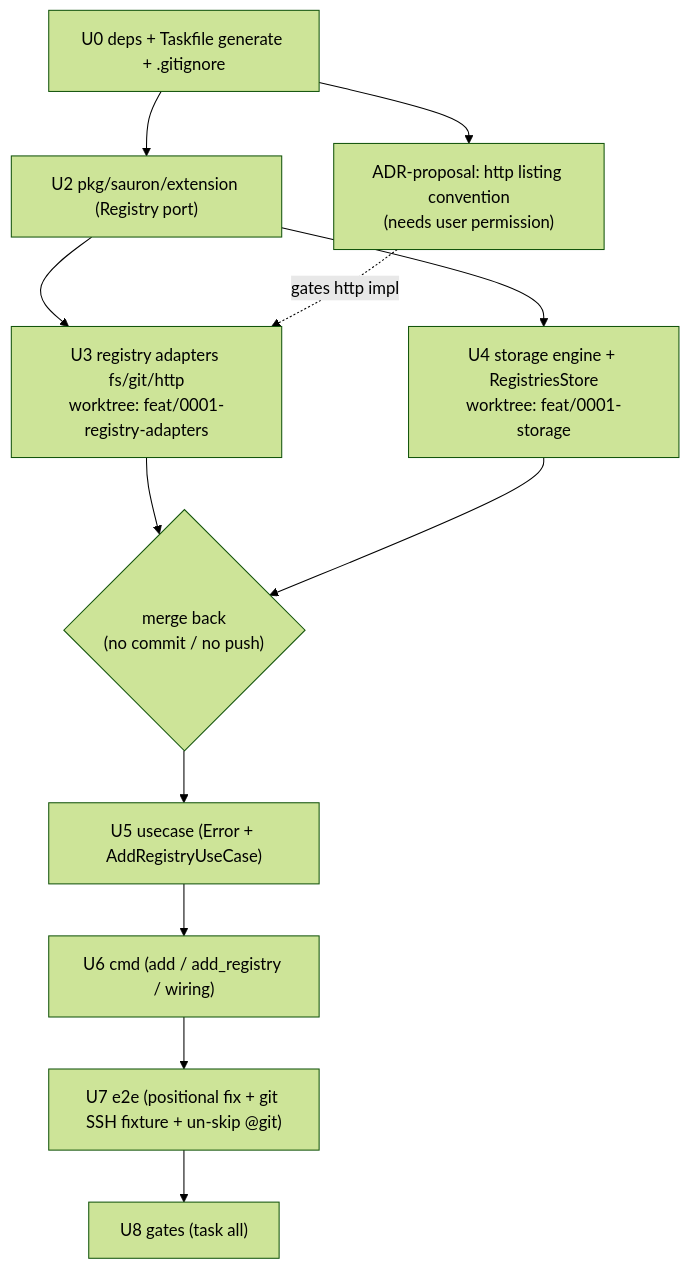
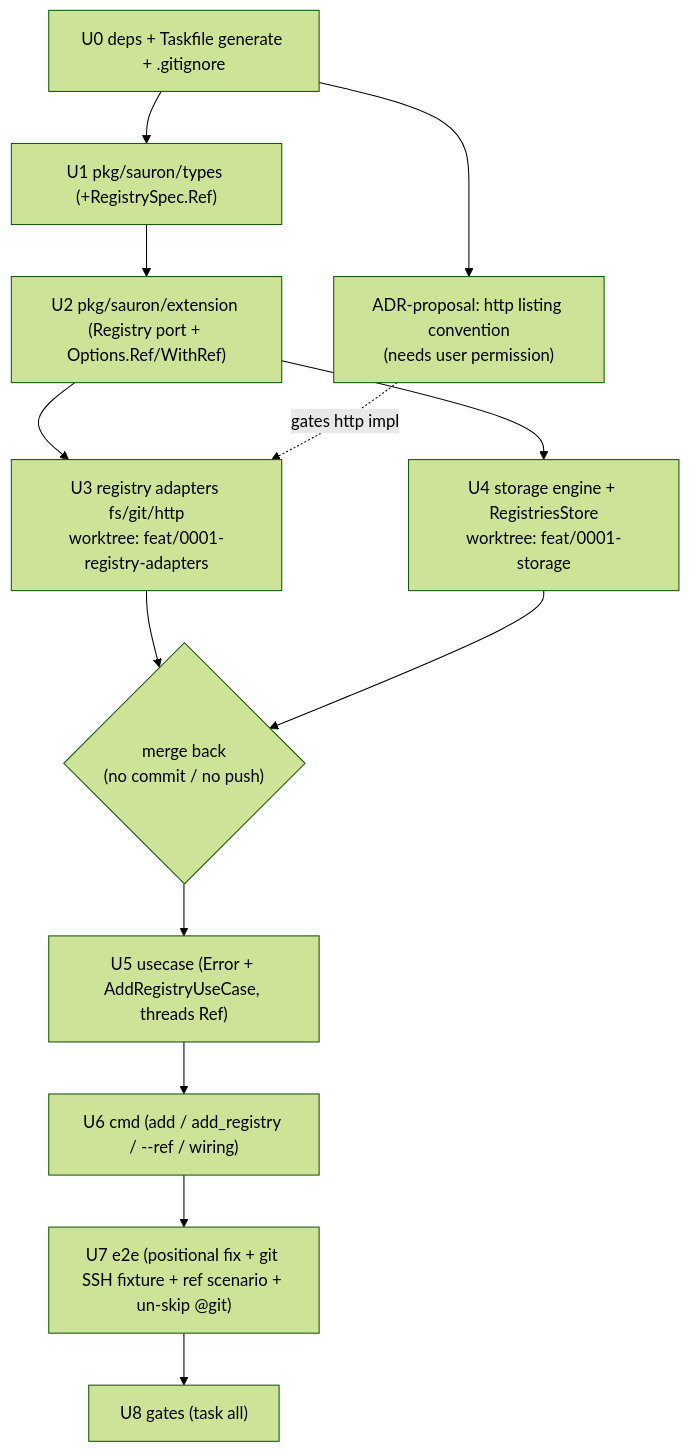
Before and after one commit to Delfimarime/sauron: the third of 3 diagrams in spec/0001-add-registry/plan.md, drawn with Mermaid (forest theme). The commit also changed other lines of this file and 10 other files, not shown here.

````diff
--- a/spec/0001-add-registry/plan.md
+++ b/spec/0001-add-registry/plan.md
@@ -306,14 +366,15 @@
 ```mermaid
 graph TD
-  U0["U0 deps + Taskfile generate + .gitignore"] --> U2["U2 pkg/sauron/extension (Registry port)"]
+  U0["U0 deps + Taskfile generate + .gitignore"] --> U1["U1 pkg/sauron/types (+RegistrySpec.Ref)"]
+  U1 --> U2["U2 pkg/sauron/extension (Registry port + Options.Ref/WithRef)"]
   U0 --> ADR["ADR-proposal: http listing convention<br/>(needs user permission)"]
   U2 --> U3["U3 registry adapters fs/git/http<br/>worktree: feat/0001-registry-adapters"]
   U2 --> U4["U4 storage engine + RegistriesStore<br/>worktree: feat/0001-storage"]
   ADR -.gates http impl.-> U3
   U3 --> M{"merge back<br/>(no commit / no push)"}
   U4 --> M
-  M --> U5["U5 usecase (Error + AddRegistryUseCase)"]
-  U5 --> U6["U6 cmd (add / add_registry / wiring)"]
-  U6 --> U7["U7 e2e (positional fix + git SSH fixture + un-skip @git)"]
+  M --> U5["U5 usecase (Error + AddRegistryUseCase, threads Ref)"]
+  U5 --> U6["U6 cmd (add / add_registry / --ref / wiring)"]
+  U6 --> U7["U7 e2e (positional fix + git SSH fixture + ref scenario + un-skip @git)"]
   U7 --> U8["U8 gates (task all)"]
 ```
````
